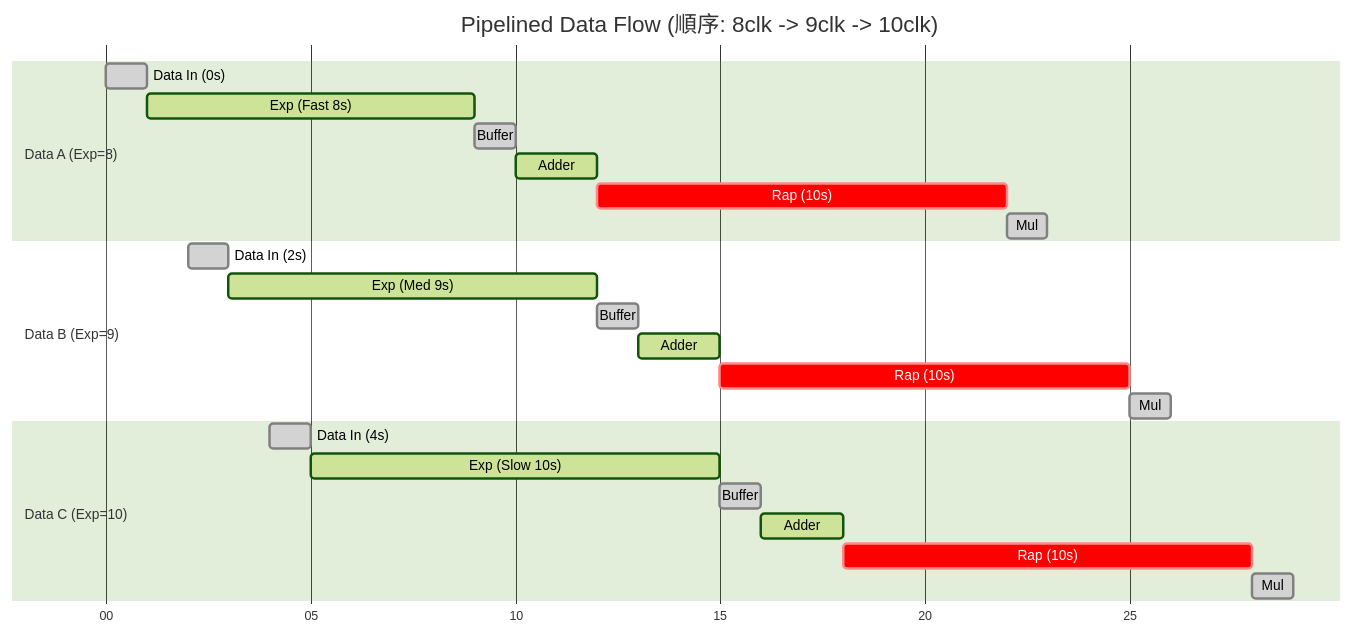
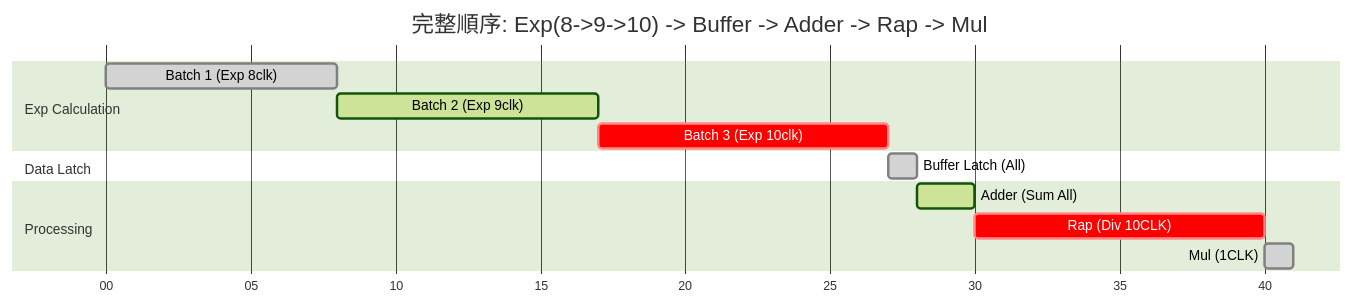
Before and after one commit to weifoe/vitis: the tenth of 10 diagrams in Car.md, drawn with Mermaid (forest theme).

````diff
--- a/Car.md
+++ b/Car.md
@@ -438,38 +438,47 @@
 ```mermaid
 
-%%{init: { 'gantt': {'tickInterval': '1s', 'axisFormat': '%S'} } }%%
+%%{init: { 'gantt': {'tickInterval': '2s', 'axisFormat': '%S'} } }%%
 gantt
-    title Pipelined Data Flow (順序: 8clk -> 9clk -> 10clk)
+    title 完整順序: Exp(8->9->10) -> Buffer -> Adder -> Rap -> Mul
     dateFormat  s
     axisFormat  %S
     
-    %% 設定 1 CLK = 1 秒 (s)
+    %% 設定 1 CLK = 1 秒
     
-    %% --- 第一筆資料: Exp=8 (優先進入) ---
-    section Data A (Exp=8)
-    Data In (0s)        :done,    d1_in, 0, 1s
-    Exp (Fast 8s)       :active,  d1_exp, after d1_in, 8s
-    Buffer              :done,    d1_buf, after d1_exp, 1s
-    Adder               :active,  d1_add, after d1_buf, 2s
-    Rap (10s)           :crit,    d1_rap, after d1_add, 10s
-    Mul                 :done,    d1_mul, after d1_rap, 1s
+    %% ==========================================
+    %% 階段 1: Exp 運算 (依序執行)
+    %% ==========================================
+    section Exp Calculation
+    %% 1. 先算 8 CLK 的 4 筆資料
+    Batch 1 (Exp 8clk)    :done,    b1, 0, 8s
+    
+    %% 2. 接著算 9 CLK 的 4 筆資料 (從 8s 開始)
+    Batch 2 (Exp 9clk)    :active,  b2, after b1, 9s
+    
+    %% 3. 接著算 10 CLK 的 4 筆資料 (從 17s 開始)
+    Batch 3 (Exp 10clk)   :crit,    b3, after b2, 10s
 
-    %% --- 第二筆資料: Exp=9 (延遲 2s 進入) ---
-    section Data B (Exp=9)
-    Data In (2s)        :done,    d2_in, 2, 1s
-    Exp (Med 9s)        :active,  d2_exp, after d2_in, 9s
-    Buffer              :done,    d2_buf, after d2_exp, 1s
-    Adder               :active,  d2_add, after d2_buf, 2s
-    Rap (10s)           :crit,    d2_rap, after d2_add, 10s
-    Mul                 :done,    d2_mul, after d2_rap, 1s
+    %%此時時間來到 T=27 (8+9+10)
 
-    %% --- 第三筆資料: Exp=10 (再延遲 2s 進入) ---
-    section Data C (Exp=10)
-    Data In (4s)        :done,    d3_in, 4, 1s
-    Exp (Slow 10s)      :active,  d3_exp, after d3_in, 10s
-    Buffer              :done,    d3_buf, after d3_exp, 1s
-    Adder               :active,  d3_add, after d3_buf, 2s
-    Rap (10s)           :crit,    d3_rap, after d3_add, 10s
-    Mul                 :done,    d3_mul, after d3_rap, 1s
+    %% ==========================================
+    %% 階段 2: 統一存入 Buffer
+    %% ==========================================
+    section Data Latch
+    %% "以上時序完成後" -> 接著存入 Buffer
+    %% 所有資料在這裡被鎖存，準備給 Adder 用
+    Buffer Latch (All)    :done,    buf, after b3, 1s
+
+    %% ==========================================
+    %% 階段 3: 後續處理 (Adder -> Rap -> Mul)
+    %% ==========================================
+    section Processing
+    %% Buffer 之後接著 Adder
+    Adder (Sum All)       :active,  add, after buf, 2s
+    
+    %% Adder 之後接著 Rap
+    Rap (Div 10CLK)       :crit,    rap, after add, 10s
+    
+    %% Rap 之後接著 Mul
+    Mul (1CLK)            :done,    mul, after rap, 1s
 
 ```
````
